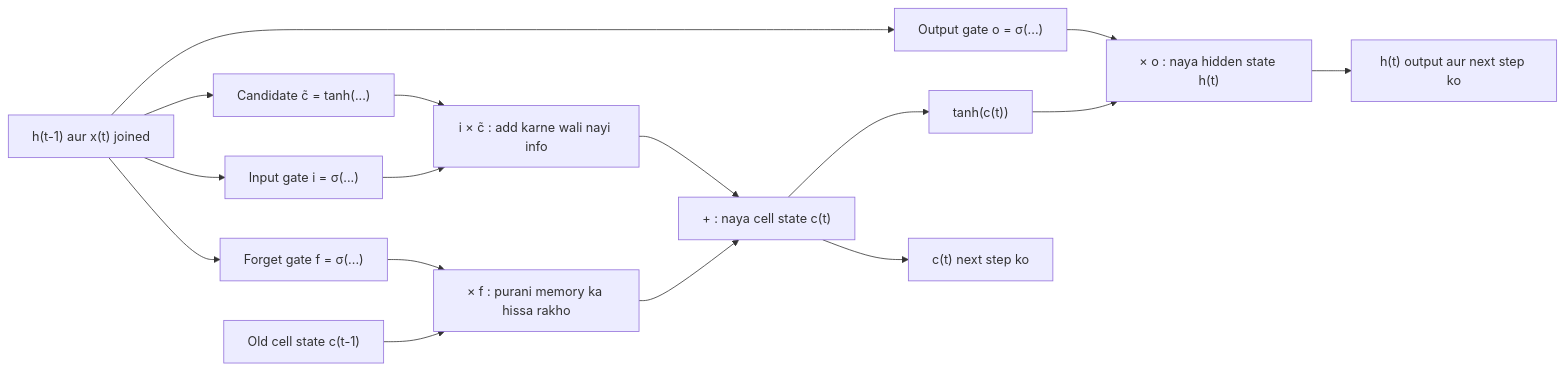
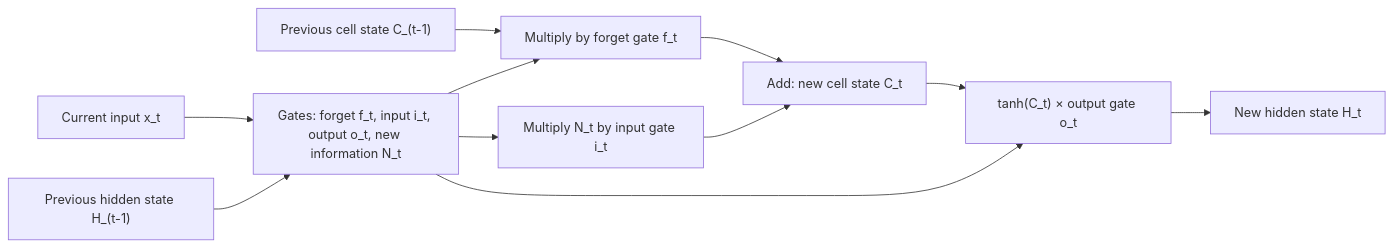
Before and after one commit to TrendySloth1001/sem-seven-notes: the second of 4 diagrams in content/deep-learning/notes/lstm-gru.hi.mdx, drawn with Mermaid. The commit also changed other lines of this file and 186 other files, not shown here.

````diff
--- a/content/deep-learning/notes/lstm-gru.hi.mdx
+++ b/content/deep-learning/notes/lstm-gru.hi.mdx
@@ -112,19 +147,14 @@
 ```mermaid
-%% caption: Time t pe ek LSTM cell. Purana cell state, × f, +, naya cell state wala path hi cell state hai, long-term memory: ye sirf forget gate se multiply hota hai aur usme add hota hai, kabhi squash nahi hota. Teeno gates 0 aur 1 ke beech ke sigmoid dials hain.
+%% caption: LSTM ka ek time step. Previous cell state forget gate se kam hota hai, input gate nayi information jodta hai, aur output gate tay karta hai ki hidden state ke roop mein kya bahar jaaye.
 flowchart LR
-  IN["h(t-1) aur x(t) joined"] --> F["Forget gate f = σ(...)"]
-  IN --> I["Input gate i = σ(...)"]
-  IN --> CC["Candidate c̃ = tanh(...)"]
-  IN --> O["Output gate o = σ(...)"]
-  C0["Old cell state c(t-1)"] --> M1["× f : purani memory ka hissa rakho"]
-  F --> M1
-  I --> M2["i × c̃ : add karne wali nayi info"]
-  CC --> M2
-  M1 --> ADD["+ : naya cell state c(t)"]
-  M2 --> ADD
-  ADD --> T["tanh(c(t))"]
-  T --> M3["× o : naya hidden state h(t)"]
-  O --> M3
-  ADD --> CN["c(t) next step ko"]
-  M3 --> HN["h(t) output aur next step ko"]
+  A["Current input x_t"] --> G["Gates: forget f_t, input i_t, output o_t, new information N_t"]
+  B["Previous hidden state H_(t-1)"] --> G
+  C["Previous cell state C_(t-1)"] --> F["Multiply by forget gate f_t"]
+  G --> F
+  G --> I["Multiply N_t by input gate i_t"]
+  F --> S["Add: new cell state C_t"]
+  I --> S
+  S --> O["tanh(C_t) × output gate o_t"]
+  G --> O
+  O --> H["New hidden state H_t"]
 ```
````
